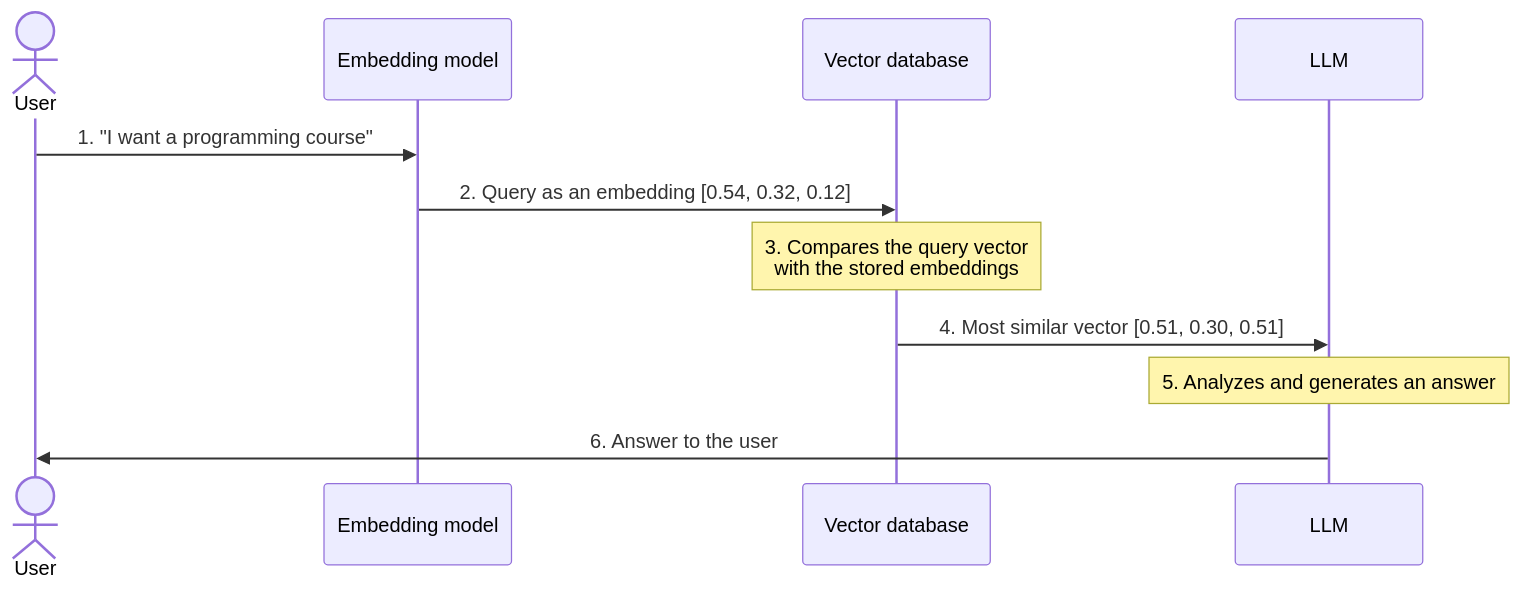
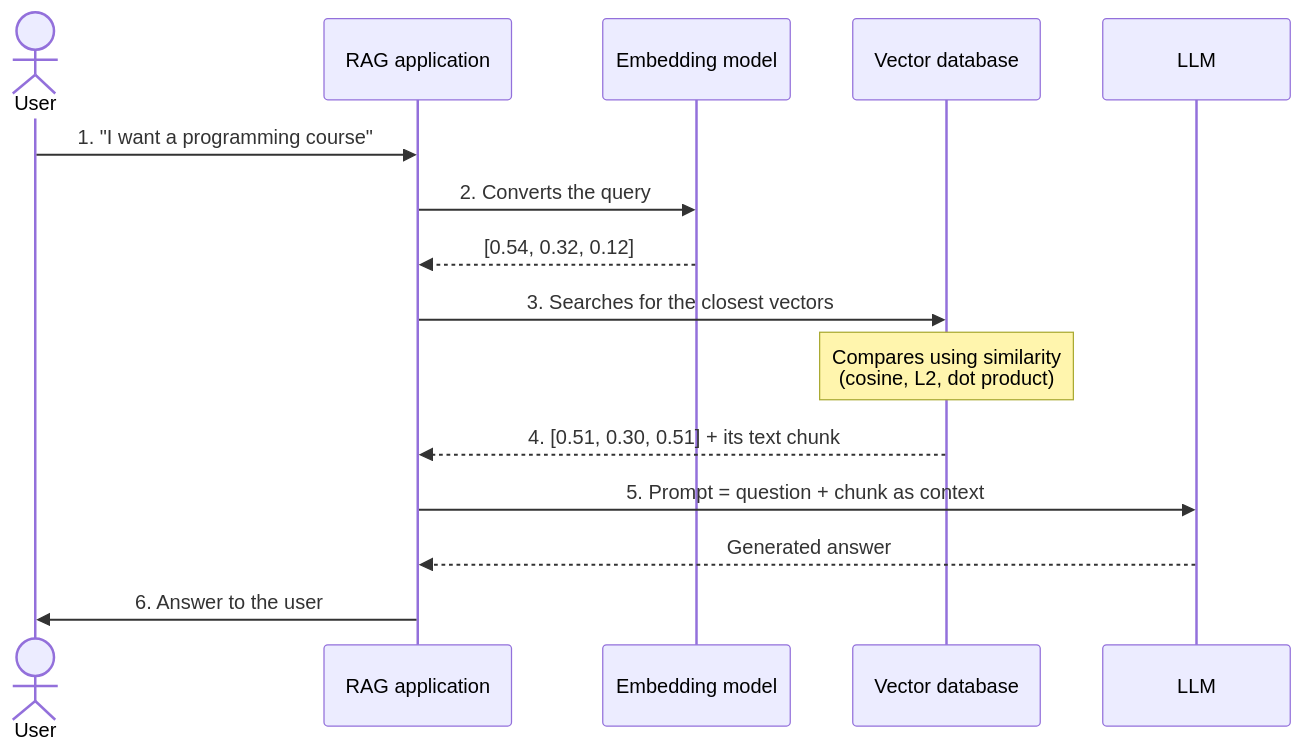
One commit to jcontrerasm/jcontrerasm.github.io changed the fifth of 7 diagrams in src/content/blog/en/que-es-rag.md. Above: the diagram before and after it, drawn with Mermaid. The commit also changed other lines of this file and 3 other files, not shown here.

````diff
--- a/src/content/blog/en/que-es-rag.md
+++ b/src/content/blog/en/que-es-rag.md
@@ -104,13 +125,17 @@
 ```mermaid
 sequenceDiagram
     actor U as User
+    participant App as RAG application
     participant E as Embedding model
     participant DB as Vector database
     participant L as LLM
-    U->>E: 1. "I want a programming course"
-    E->>DB: 2. Query as an embedding [0.54, 0.32, 0.12]
-    Note over DB: 3. Compares the query vector<br/>with the stored embeddings
-    DB->>L: 4. Most similar vector [0.51, 0.30, 0.51]
-    Note over L: 5. Analyzes and generates an answer
-    L->>U: 6. Answer to the user
+    U->>App: 1. "I want a programming course"
+    App->>E: 2. Converts the query
+    E-->>App: [0.54, 0.32, 0.12]
+    App->>DB: 3. Searches for the closest vectors
+    Note over DB: Compares using similarity<br/>(cosine, L2, dot product)
+    DB-->>App: 4. [0.51, 0.30, 0.51] + its text chunk
+    App->>L: 5. Prompt = question + chunk as context
+    L-->>App: Generated answer
+    App->>U: 6. Answer to the user
 ```
````
